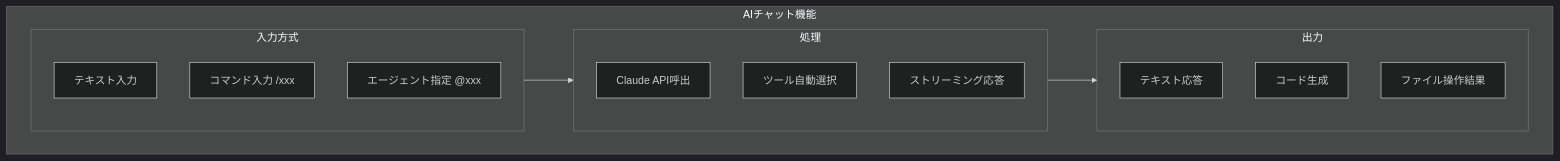
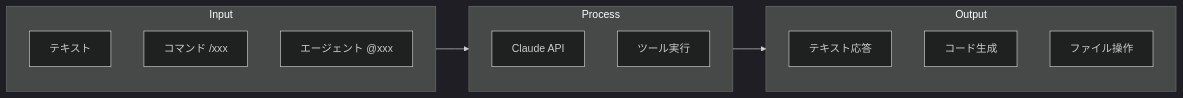
One commit to thirai-classlab/Claude-Code-Cloud changed the second of 2 diagrams in doc/user-guide.md. Above: the diagram before and after it, drawn with Mermaid (dark theme). The commit also changed other lines of this file and 2 other files, not shown here.

````diff
--- a/doc/user-guide.md
+++ b/doc/user-guide.md
@@ -259,24 +469,22 @@
 ```mermaid
-flowchart TB
-    subgraph ChatFeature["AIチャット機能"]
-        subgraph Input["入力方式"]
-            I1[テキスト入力]
-            I2[コマンド入力 /xxx]
-            I3[エージェント指定 @xxx]
-        end
+flowchart LR
+    Input["入力"] --> Process["処理"]
+    Process --> Output["出力"]
 
-        subgraph Processing["処理"]
-            P1[Claude API呼出]
-            P2[ツール自動選択]
-            P3[ストリーミング応答]
-        end
+    subgraph Input
+        I1[テキスト]
+        I2[コマンド /xxx]
+        I3[エージェント @xxx]
+    end
 
-        subgraph Output["出力"]
-            O1[テキスト応答]
-            O2[コード生成]
-            O3[ファイル操作結果]
-        end
+    subgraph Process
+        P1[Claude API]
+        P2[ツール実行]
+    end
 
-        Input --> Processing --> Output
+    subgraph Output
+        O1[テキスト応答]
+        O2[コード生成]
+        O3[ファイル操作]
     end
 ```
````
